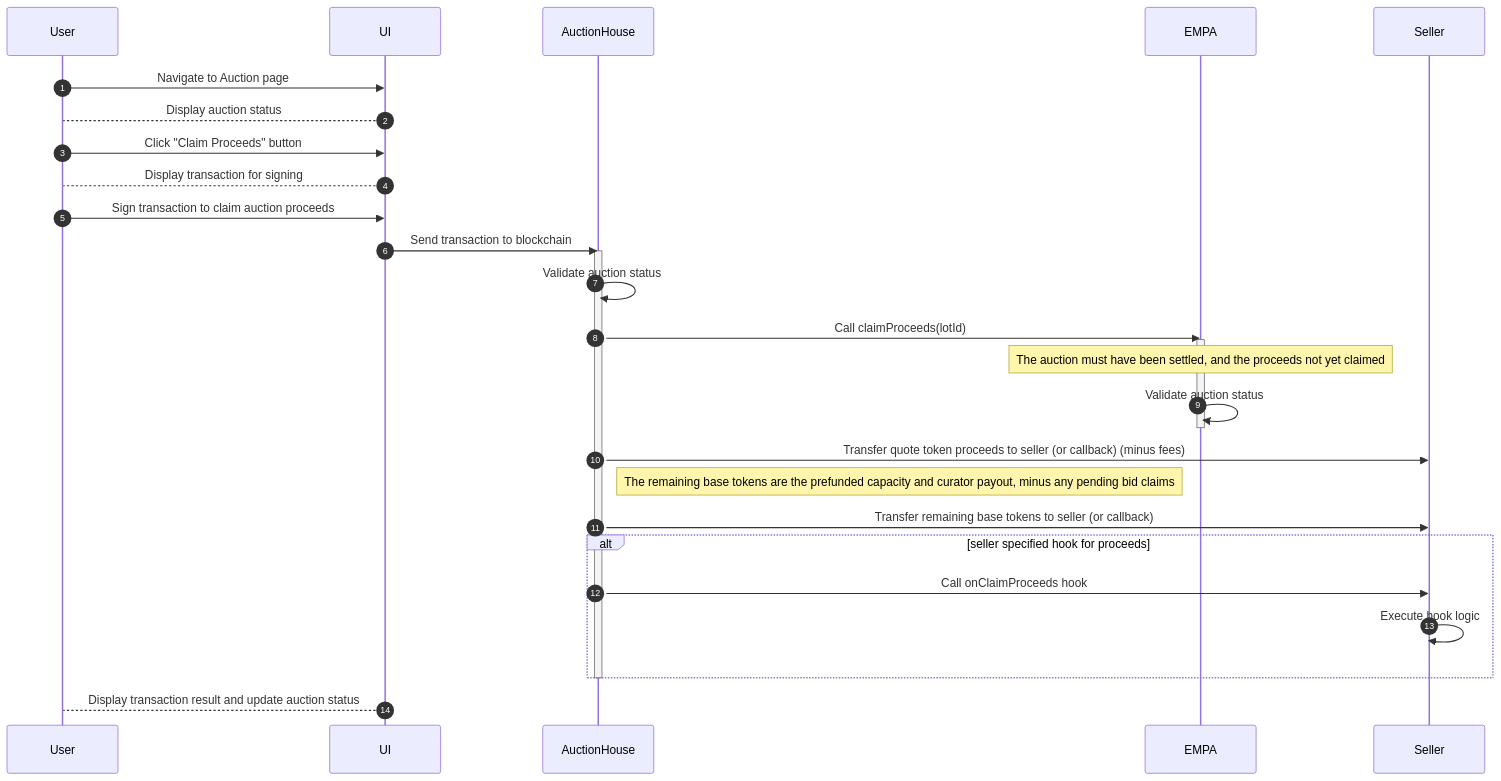
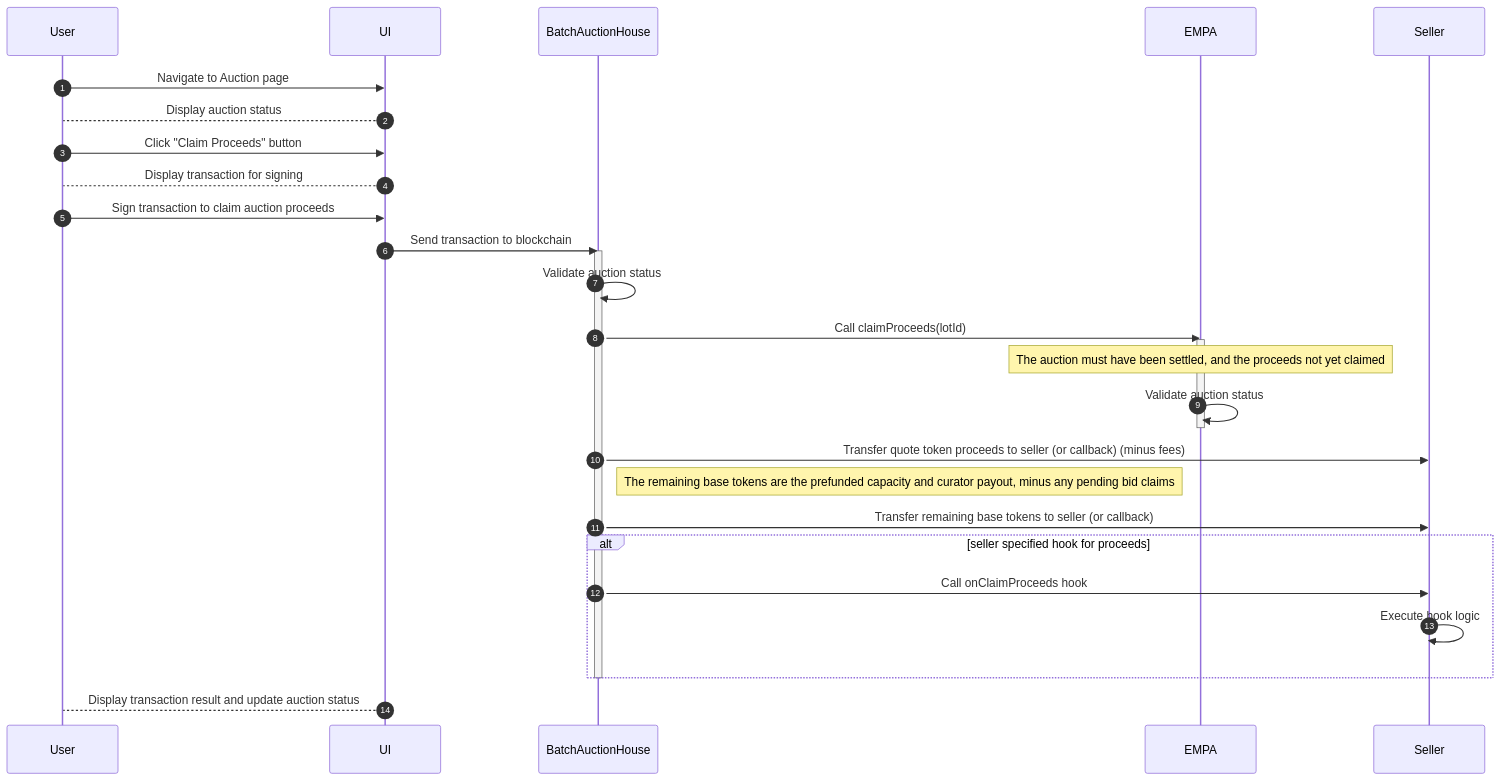
Before and after one commit to Axis-Fi/axis-core: the seventh of 9 diagrams in design/EMPA.md, drawn with Mermaid. The commit also changed other lines of this file, not shown here.

Commit message:
AuctionHouse -> BatchAuctionHouse

````diff
--- a/design/EMPA.md
+++ b/design/EMPA.md
@@ -367,32 +367,32 @@
 ```mermaid
 sequenceDiagram
   autoNumber
   participant User
   participant UI
-  participant AuctionHouse
+  participant BatchAuctionHouse
   participant EMPA
   participant Seller
 
   User->>UI: Navigate to Auction page
   UI-->User: Display auction status
   User->>UI: Click "Claim Proceeds" button
   UI-->User: Display transaction for signing
   User->>UI: Sign transaction to claim auction proceeds
-  UI->>AuctionHouse: Send transaction to blockchain
-  activate AuctionHouse
-    AuctionHouse->>AuctionHouse: Validate auction status
-    AuctionHouse->>EMPA: Call claimProceeds(lotId)
+  UI->>BatchAuctionHouse: Send transaction to blockchain
+  activate BatchAuctionHouse
+    BatchAuctionHouse->>BatchAuctionHouse: Validate auction status
+    BatchAuctionHouse->>EMPA: Call claimProceeds(lotId)
     activate EMPA
       Note over EMPA: The auction must have been settled, and the proceeds not yet claimed
       EMPA->>EMPA: Validate auction status
     deactivate EMPA
-    AuctionHouse->>Seller: Transfer quote token proceeds to seller (or callback) (minus fees)
-    Note right of AuctionHouse: The remaining base tokens are the prefunded capacity and curator payout, minus any pending bid claims
-    AuctionHouse->>Seller: Transfer remaining base tokens to seller (or callback)
+    BatchAuctionHouse->>Seller: Transfer quote token proceeds to seller (or callback) (minus fees)
+    Note right of BatchAuctionHouse: The remaining base tokens are the prefunded capacity and curator payout, minus any pending bid claims
+    BatchAuctionHouse->>Seller: Transfer remaining base tokens to seller (or callback)
     alt seller specified hook for proceeds
-      AuctionHouse->>Seller: Call onClaimProceeds hook
+      BatchAuctionHouse->>Seller: Call onClaimProceeds hook
       Seller->>Seller: Execute hook logic
     end
-  deactivate AuctionHouse
+  deactivate BatchAuctionHouse
   UI-->User: Display transaction result and update auction status
 ```
````
